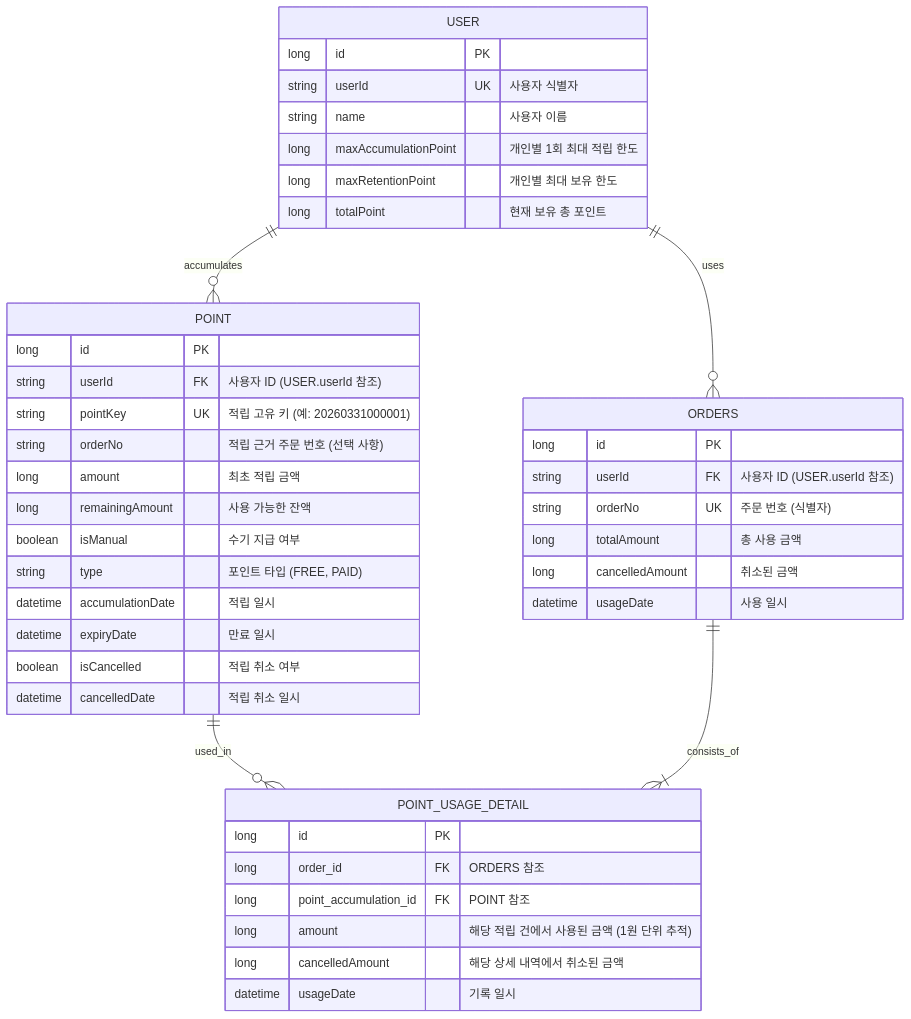
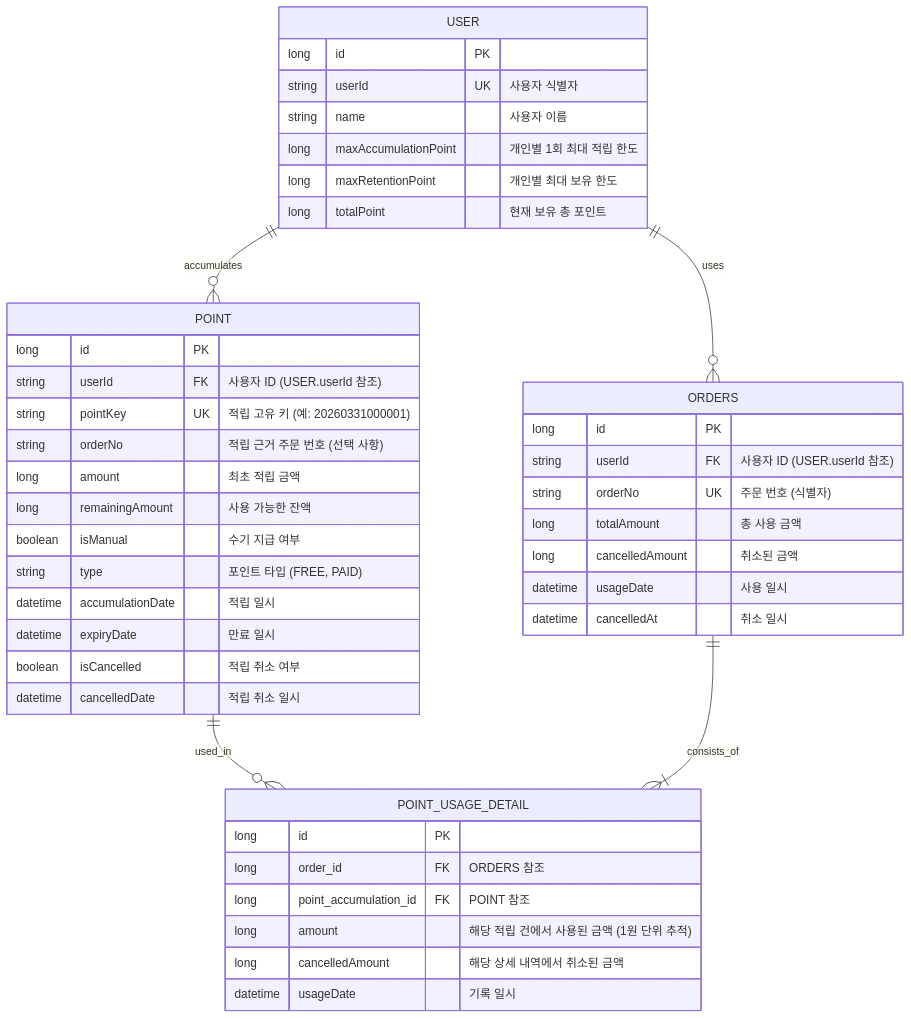
The diagram in docs/데이터베이스 설계.md (muzzaiwork/point), drawn with Mermaid before and after one commit. The commit also changed other lines of this file and 3 other files, not shown here.

````diff
--- a/docs/데이터베이스 설계.md
+++ b/docs/데이터베이스 설계.md
@@ -5,49 +5,50 @@
 ```mermaid
 erDiagram
     USER ||--o{ POINT : "accumulates"
     USER ||--o{ ORDERS : "uses"
     POINT ||--o{ POINT_USAGE_DETAIL : "used_in"
     ORDERS ||--|{ POINT_USAGE_DETAIL : "consists_of"
 
     USER {
         long id PK
         string userId UK "사용자 식별자"
         string name "사용자 이름"
         long maxAccumulationPoint "개인별 1회 최대 적립 한도"
         long maxRetentionPoint "개인별 최대 보유 한도"
         long totalPoint "현재 보유 총 포인트"
     }
 
     POINT {
         long id PK
         string userId FK "사용자 ID (USER.userId 참조)"
         string pointKey UK "적립 고유 키 (예: 20260331000001)"
         string orderNo "적립 근거 주문 번호 (선택 사항)"
         long amount "최초 적립 금액"
         long remainingAmount "사용 가능한 잔액"
         boolean isManual "수기 지급 여부"
         string type "포인트 타입 (FREE, PAID)"
         datetime accumulationDate "적립 일시"
         datetime expiryDate "만료 일시"
         boolean isCancelled "적립 취소 여부"
         datetime cancelledDate "적립 취소 일시"
     }
 
     ORDERS {
         long id PK
         string userId FK "사용자 ID (USER.userId 참조)"
         string orderNo UK "주문 번호 (식별자)"
         long totalAmount "총 사용 금액"
         long cancelledAmount "취소된 금액"
         datetime usageDate "사용 일시"
+        datetime cancelledAt "취소 일시"
     }
 
     POINT_USAGE_DETAIL {
         long id PK
         long order_id FK "ORDERS 참조"
         long point_accumulation_id FK "POINT 참조"
         long amount "해당 적립 건에서 사용된 금액 (1원 단위 추적)"
         long cancelledAmount "해당 상세 내역에서 취소된 금액"
         datetime usageDate "기록 일시"
     }
 ```
````
